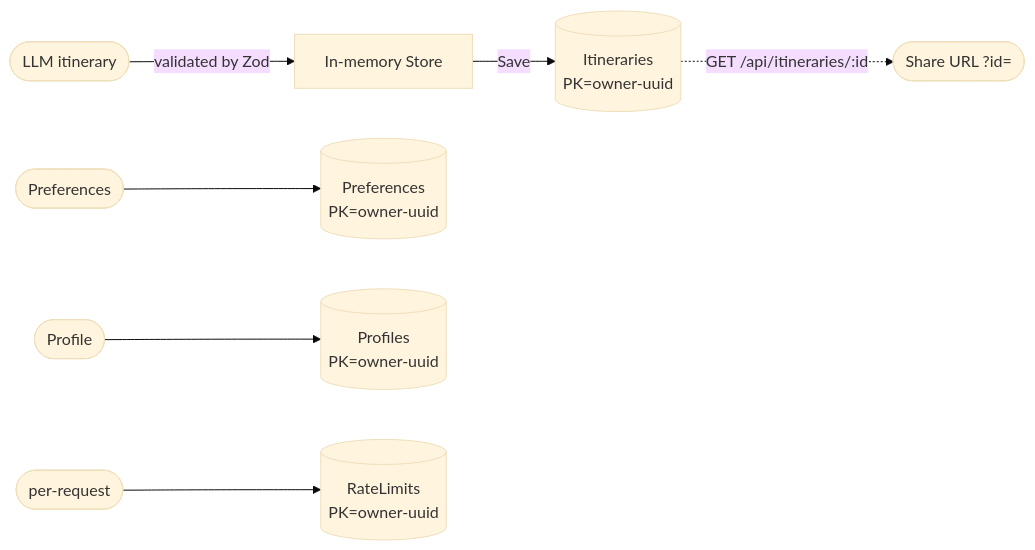
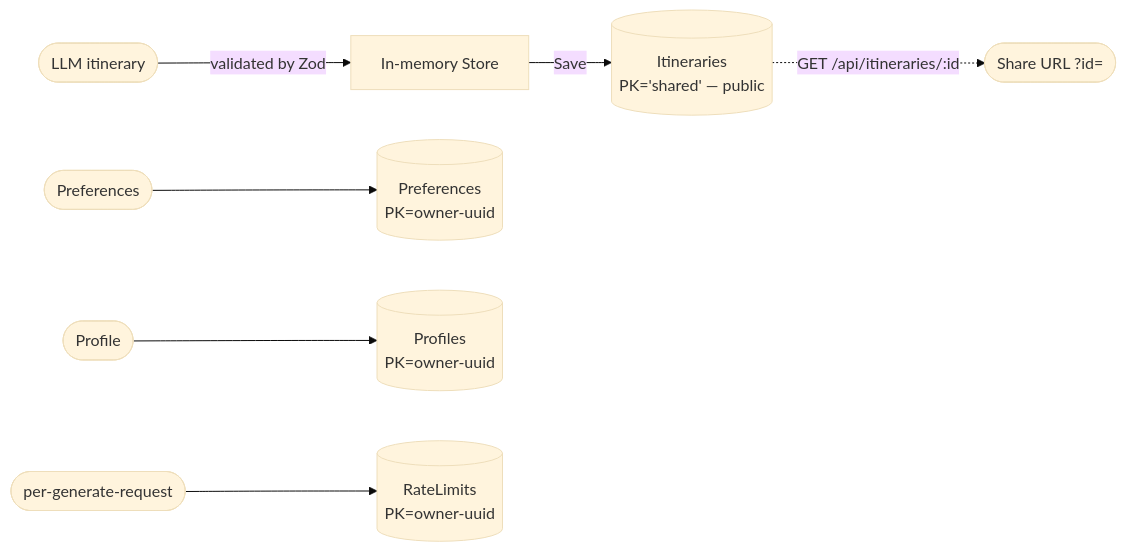
Before and after one commit to toinevl/nordicHolidays: the second of 2 diagrams in docs/architecture.md, drawn with Mermaid (base theme). The commit also changed other lines of this file, not shown here.

First line of the commit message:
docs(architecture): correct drift from #47-49 and resolved CORS/IaC gaps

````diff
--- a/docs/architecture.md
+++ b/docs/architecture.md
@@ -61,9 +61,9 @@
 ```mermaid
 flowchart LR
   Gen([LLM itinerary]) -->|validated by Zod| Mem[In-memory Store]
-  Mem -->|Save| T1[(Itineraries<br/>PK=owner-uuid)]
+  Mem -->|Save| T1[(Itineraries<br/>PK='shared' — public)]
   Prefs([Preferences]) --> T2[(Preferences<br/>PK=owner-uuid)]
   Prof([Profile]) --> T3[(Profiles<br/>PK=owner-uuid)]
-  Rate([per-request]) --> T4[(RateLimits<br/>PK=owner-uuid)]
+  Rate([per-generate-request]) --> T4[(RateLimits<br/>PK=owner-uuid)]
   T1 -.GET /api/itineraries/:id.-> Share([Share URL ?id=])
 ```
````
